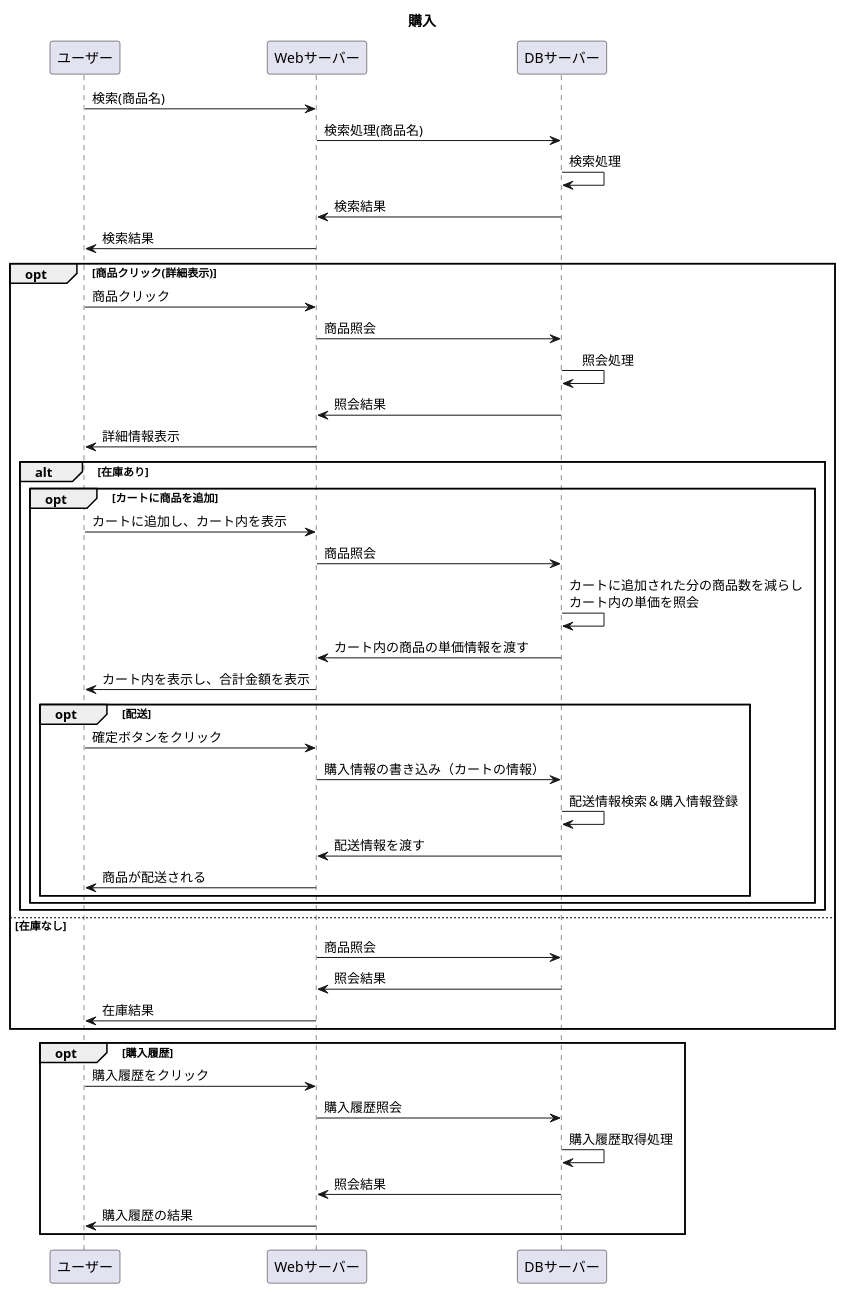
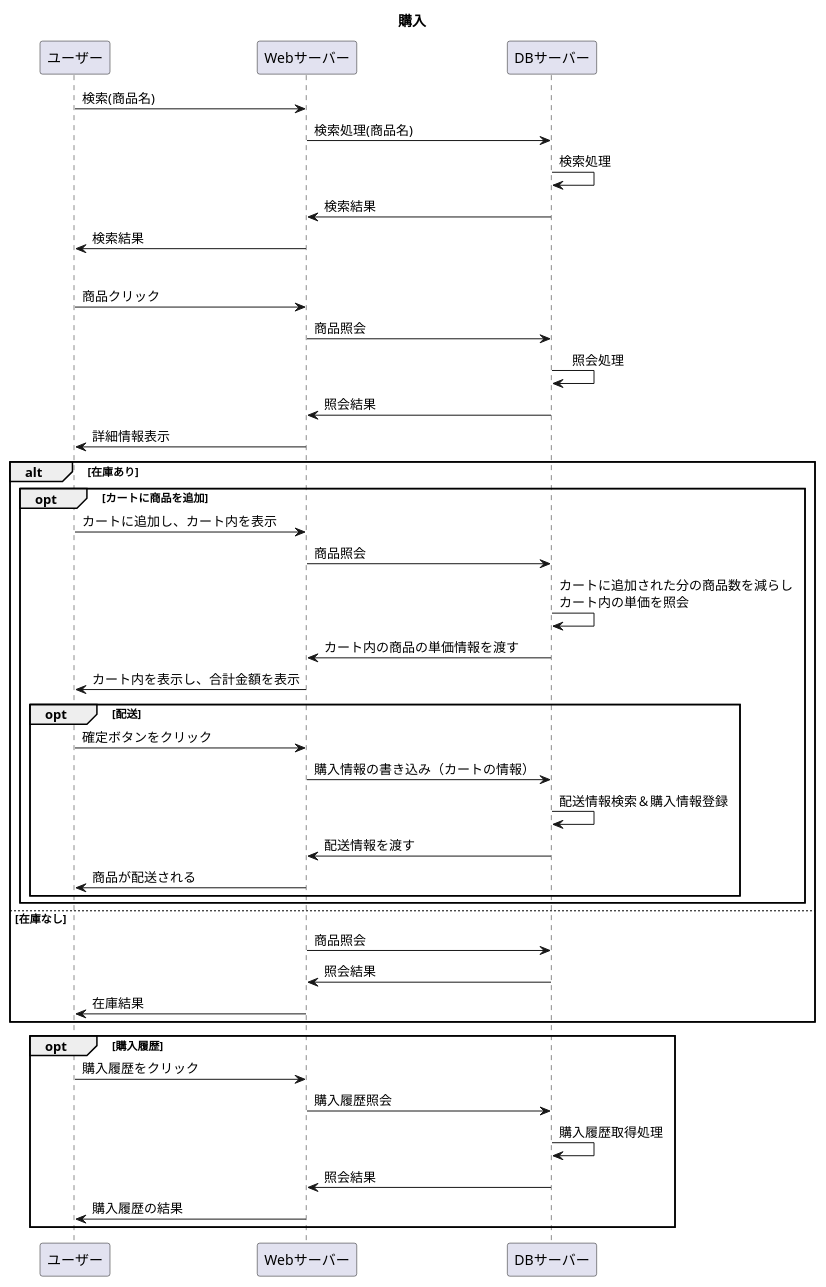
One commit to Aso2001227/Aso-Sports-1 changed the diagram in 設計書/02_業務フロー/business-flow.md. Above: the diagram before and after it, drawn with PlantUML.

`````diff
--- a/設計書/02_業務フロー/business-flow.md
+++ b/設計書/02_業務フロー/business-flow.md
@@ -1,55 +1,48 @@
 ```uml
 @startuml
     title: 購入
     ユーザー -> Webサーバー : 検索(商品名)
     Webサーバー -> DBサーバー : 検索処理(商品名)
     DBサーバー -> DBサーバー : 検索処理
     DBサーバー -> Webサーバー : 検索結果
     Webサーバー -> ユーザー : 検索結果
     opt 商品クリック(詳細表示)
       ユーザー -> Webサーバー : 商品クリック
       Webサーバー -> DBサーバー : 商品照会
       DBサーバー -> DBサーバー : 　照会処理
       DBサーバー -> Webサーバー : 照会結果
       Webサーバー -> ユーザー : 詳細情報表示
       alt 在庫あり
         opt カートに商品を追加
           ユーザー -> Webサーバー : カートに追加し、カート内を表示
           Webサーバー -> DBサーバー : 商品照会
           DBサーバー -> DBサーバー : カートに追加された分の商品数を減らし\nカート内の単価を照会
           DBサーバー -> Webサーバー :カート内の商品の単価情報を渡す
           Webサーバー -> ユーザー:カート内を表示し、合計金額を表示
           opt 配送
             ユーザー -> Webサーバー : 確定ボタンをクリック
             Webサーバー -> DBサーバー :購入情報の書き込み（カートの情報）
             DBサーバー -> DBサーバー : 配送情報検索＆購入情報登録
             DBサーバー -> Webサーバー :配送情報を渡す
             Webサーバー -> ユーザー:商品が配送される
         end
       end
-
-
-
-
-
-
-end
 else 在庫なし
 Webサーバー -> DBサーバー : 商品照会
 DBサーバー -> Webサーバー : 照会結果
 Webサーバー -> ユーザー : 在庫結果
 end
 opt 購入履歴
 ユーザー ->Webサーバー :購入履歴をクリック
 Webサーバー -> DBサーバー :購入履歴照会
 DBサーバー -> DBサーバー : 購入履歴取得処理
 DBサーバー -> Webサーバー :照会結果
 Webサーバー -> ユーザー :購入履歴の結果
 end
 
 
 
 
 
 @enduml
 ````
`````
